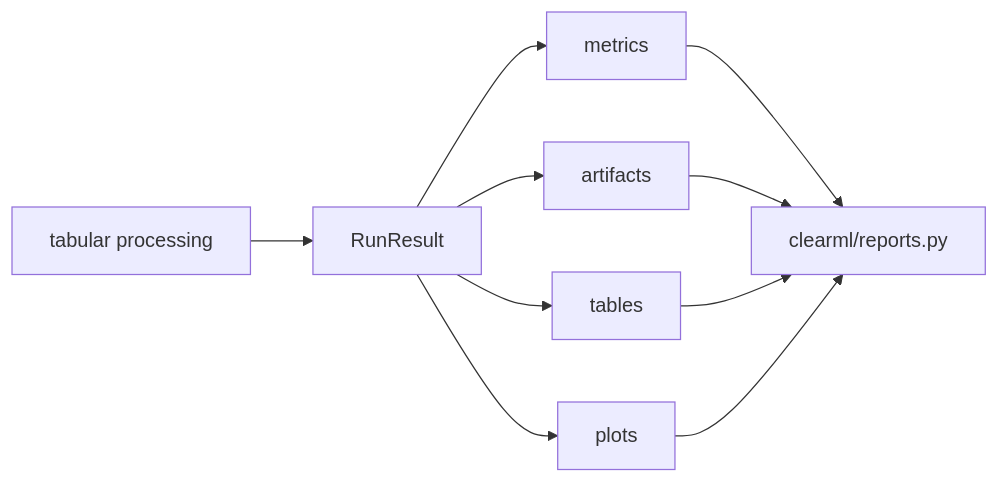
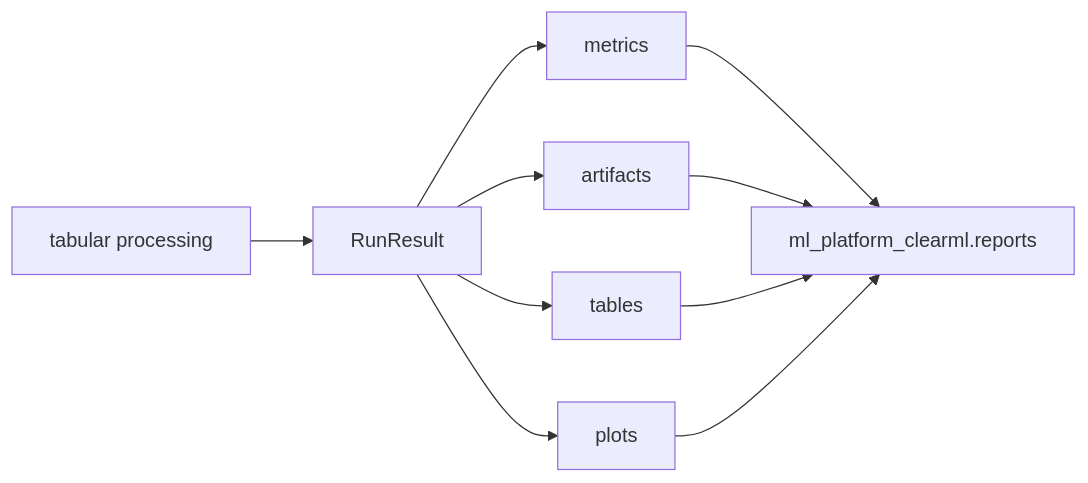
The diagram in docs/ml_platform_mkdocs/docs/architecture/reporting.md (dkawa2523/ml_platform), drawn with Mermaid before and after one commit. The commit also changed other lines of this file and 204 other files, not shown here.

Commit message:
simplify platform architecture and harden quality gates

````diff
--- a/docs/ml_platform_mkdocs/docs/architecture/reporting.md
+++ b/docs/ml_platform_mkdocs/docs/architecture/reporting.md
@@ -9,12 +9,12 @@
 ```mermaid
 graph LR
   A[tabular processing] --> B[RunResult]
   B --> C[metrics]
   B --> D[artifacts]
   B --> E[tables]
   B --> F[plots]
-  C --> G[clearml/reports.py]
+  C --> G[ml_platform_clearml.reports]
   D --> G
   E --> G
   F --> G
 ```
````
